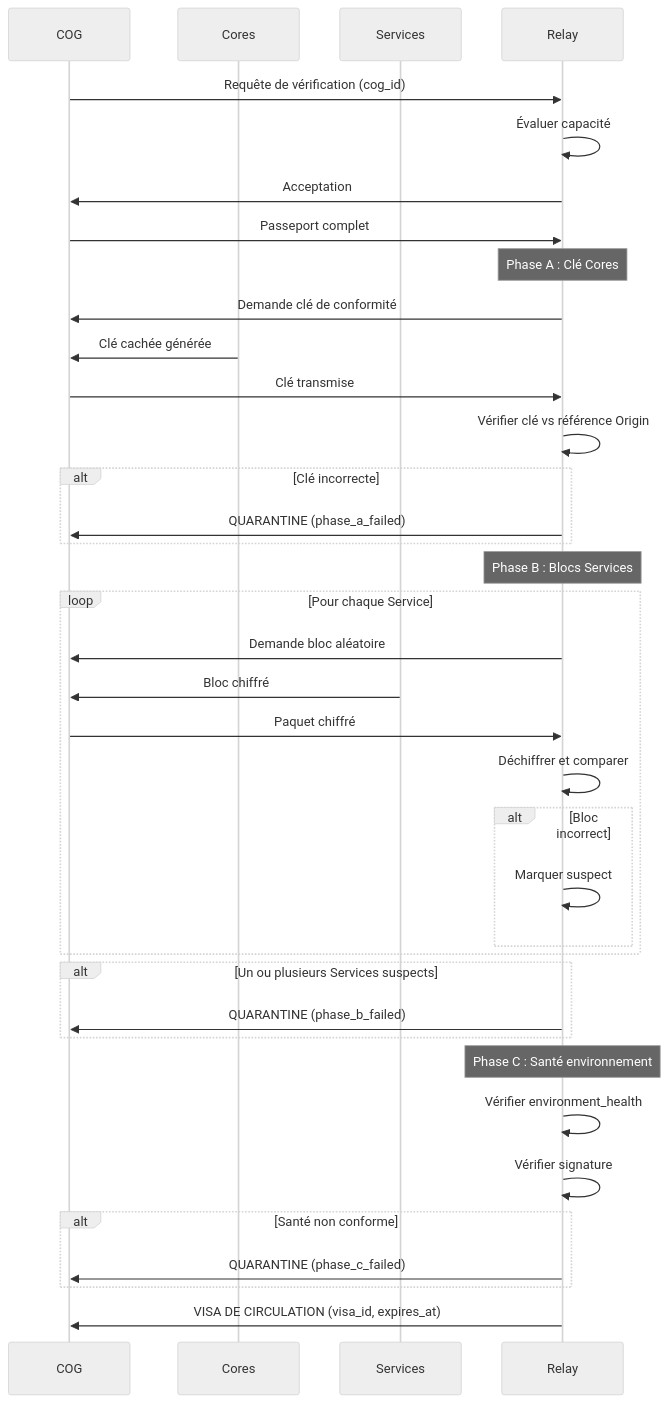
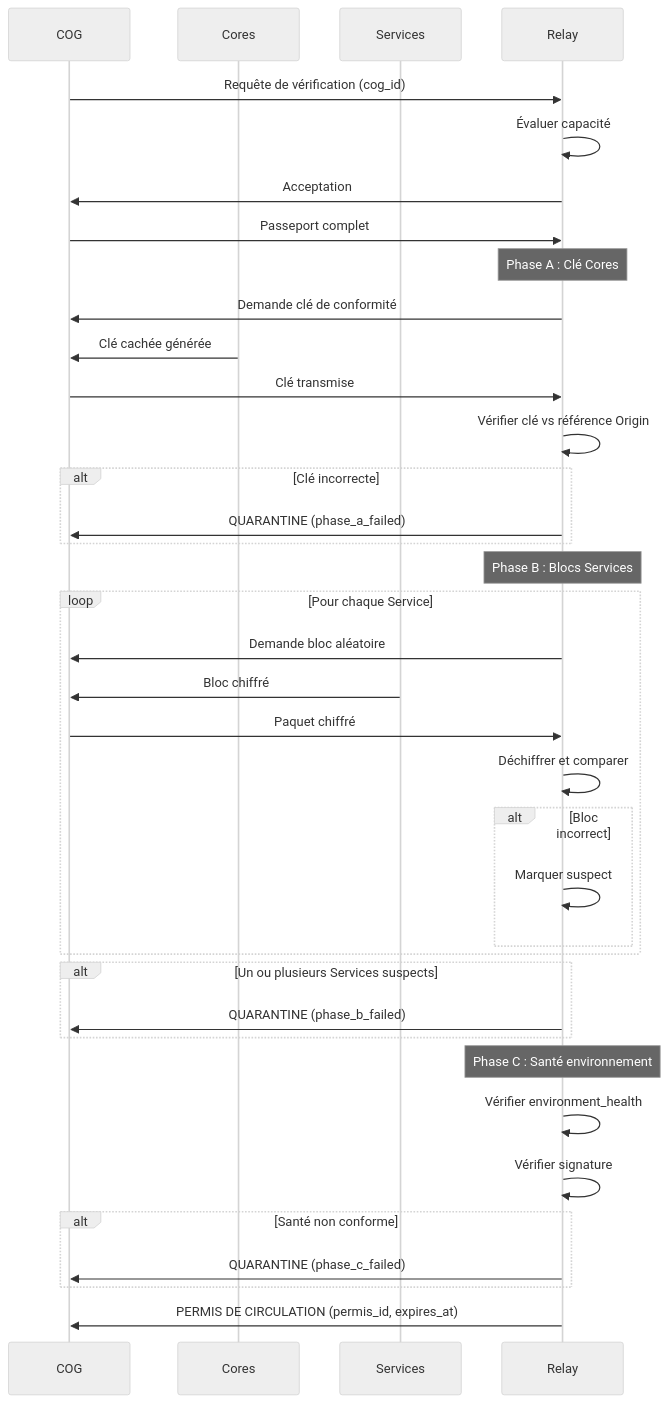
Before and after one commit to StudioMiyukini/miyukini_cog: the fifth of 5 diagrams in docs/miyukini-webway-system/verification/MWS - Flux de Verification.md, drawn with Mermaid (neutral theme). The commit also changed other lines of this file and 17 other files, not shown here.

````diff
--- a/docs/miyukini-webway-system/verification/MWS - Flux de Verification.md
+++ b/docs/miyukini-webway-system/verification/MWS - Flux de Verification.md
@@ -261,51 +261,51 @@
 ```mermaid
 sequenceDiagram
     participant COG as COG
     participant Cores as Cores
     participant Services as Services
     participant R as Relay
 
     %% Présentation
     COG->>R: Requête de vérification (cog_id)
     R->>R: Évaluer capacité
     R->>COG: Acceptation
 
     %% Transmission du Passeport
     COG->>R: Passeport complet
 
     %% Phase A
     Note over R: Phase A : Clé Cores
     R->>COG: Demande clé de conformité
     Cores->>COG: Clé cachée générée
     COG->>R: Clé transmise
     R->>R: Vérifier clé vs référence Origin
     alt Clé incorrecte
         R->>COG: QUARANTINE (phase_a_failed)
     end
 
     %% Phase B
     Note over R: Phase B : Blocs Services
     loop Pour chaque Service
         R->>COG: Demande bloc aléatoire
         Services->>COG: Bloc chiffré
         COG->>R: Paquet chiffré
         R->>R: Déchiffrer et comparer
         alt Bloc incorrect
             R->>R: Marquer suspect
         end
     end
     alt Un ou plusieurs Services suspects
         R->>COG: QUARANTINE (phase_b_failed)
     end
 
     %% Phase C
     Note over R: Phase C : Santé environnement
     R->>R: Vérifier environment_health
     R->>R: Vérifier signature
     alt Santé non conforme
         R->>COG: QUARANTINE (phase_c_failed)
     end
 
     %% Succès
-    R->>COG: VISA DE CIRCULATION (visa_id, expires_at)
+    R->>COG: PERMIS DE CIRCULATION (permis_id, expires_at)
 ```
````
